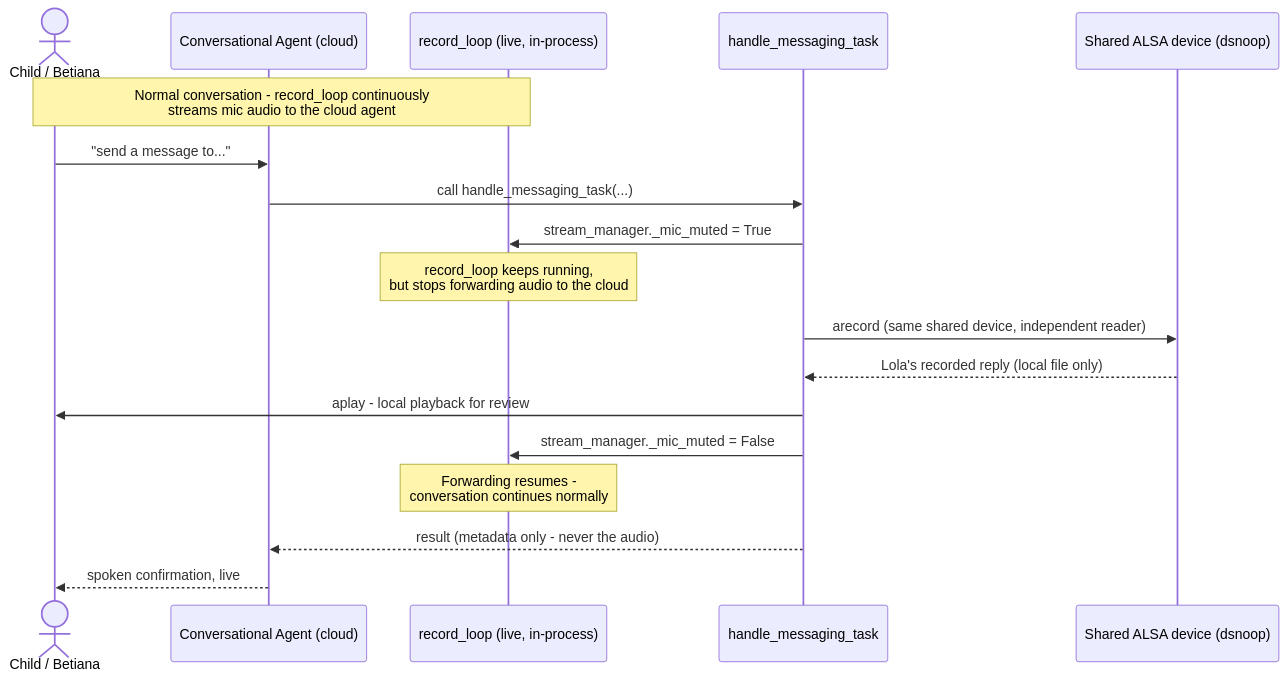
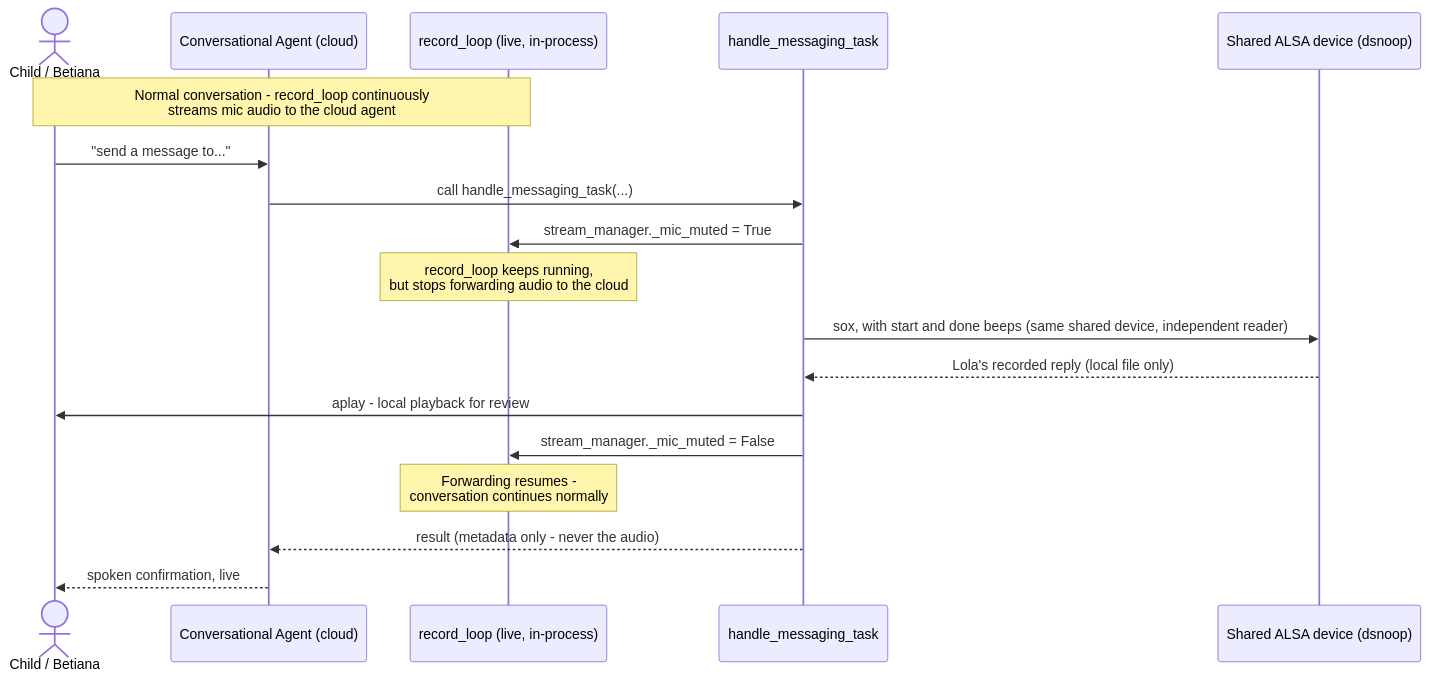
Before and after one commit to betiana688/lola-bla: the fourth of 4 diagrams in docs/architecture/overview.md, drawn with Mermaid. The commit also changed other lines of this file and 9 other files, not shown here.

Commit message:
Docs: index, as-built notes on the state diagrams, sox in the overview, Signal API findings, Story 4 status (provider policies unchecked), backlog

````diff
--- a/docs/architecture/overview.md
+++ b/docs/architecture/overview.md
@@ -121,20 +121,20 @@
 ```mermaid
 sequenceDiagram
   actor Child as Child / Betiana
   participant CA as Conversational Agent (cloud)
   participant RL as record_loop (live, in-process)
   participant Tool as handle_messaging_task
   participant Dev as Shared ALSA device (dsnoop)
   Note over Child,RL: Normal conversation - record_loop continuously<br/>streams mic audio to the cloud agent
   Child->>CA: "send a message to..."
   CA->>Tool: call handle_messaging_task(...)
   Tool->>RL: stream_manager._mic_muted = True
   Note over RL: record_loop keeps running,<br/>but stops forwarding audio to the cloud
-  Tool->>Dev: arecord (same shared device, independent reader)
+  Tool->>Dev: sox, with start and done beeps (same shared device, independent reader)
   Dev-->>Tool: Lola's recorded reply (local file only)
   Tool->>Child: aplay - local playback for review
   Tool->>RL: stream_manager._mic_muted = False
   Note over RL: Forwarding resumes -<br/>conversation continues normally
   Tool-->>CA: result (metadata only - never the audio)
   CA-->>Child: spoken confirmation, live
 ```
````
